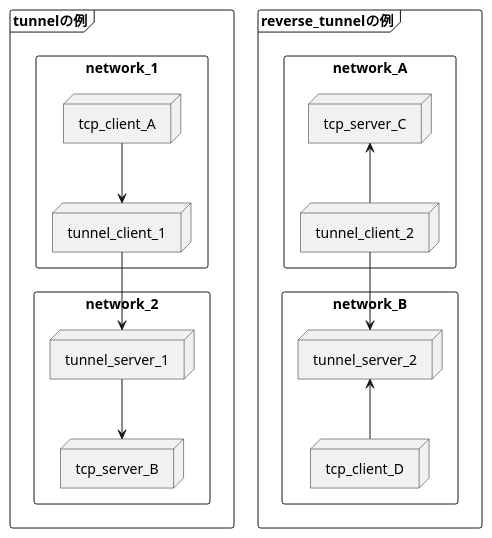
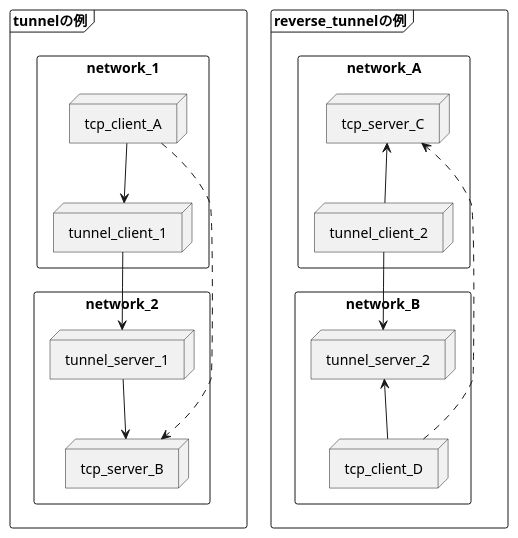
Before and after one commit to ifritJP/ifritJP.github.io: the first of 6 diagrams in blog2/content/posts/2020/2020-05-29-tunnel.org, drawn with PlantUML. The commit also changed other lines of this file and 12 other files, not shown here.

```diff
--- a/blog2/content/posts/2020/2020-05-29-tunnel.org
+++ b/blog2/content/posts/2020/2020-05-29-tunnel.org
@@ -20,31 +20,33 @@
 #+BEGIN_SRC plantuml :file tunnel.svg :results silent
 frame tunnelの例 {
 rectangle network_1 {
 node tcp_client_A
 node tunnel_client_1
 }
 rectangle network_2 {
 node tunnel_server_1
 node tcp_server_B
 }
 }
 
 tcp_client_A --> tunnel_client_1
 tunnel_client_1 --> tunnel_server_1
 tunnel_server_1 --> tcp_server_B
+tcp_client_A ..> tcp_server_B
 
 frame reverse_tunnelの例 {
 rectangle network_A {
 node tcp_server_C
 node tunnel_client_2
 }
 rectangle network_B {
 node tunnel_server_2
 node tcp_client_D
 }
 }
 
 tcp_server_C <-- tunnel_client_2
 tunnel_client_2 --> tunnel_server_2
 tunnel_server_2 <-- tcp_client_D
+tcp_client_D ..> tcp_server_C
 #+END_SRC
```
